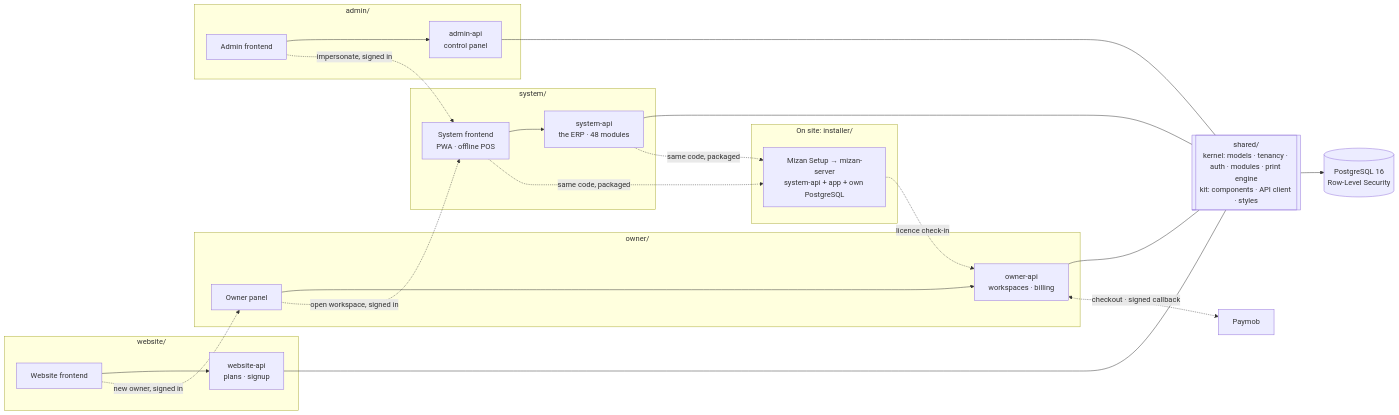
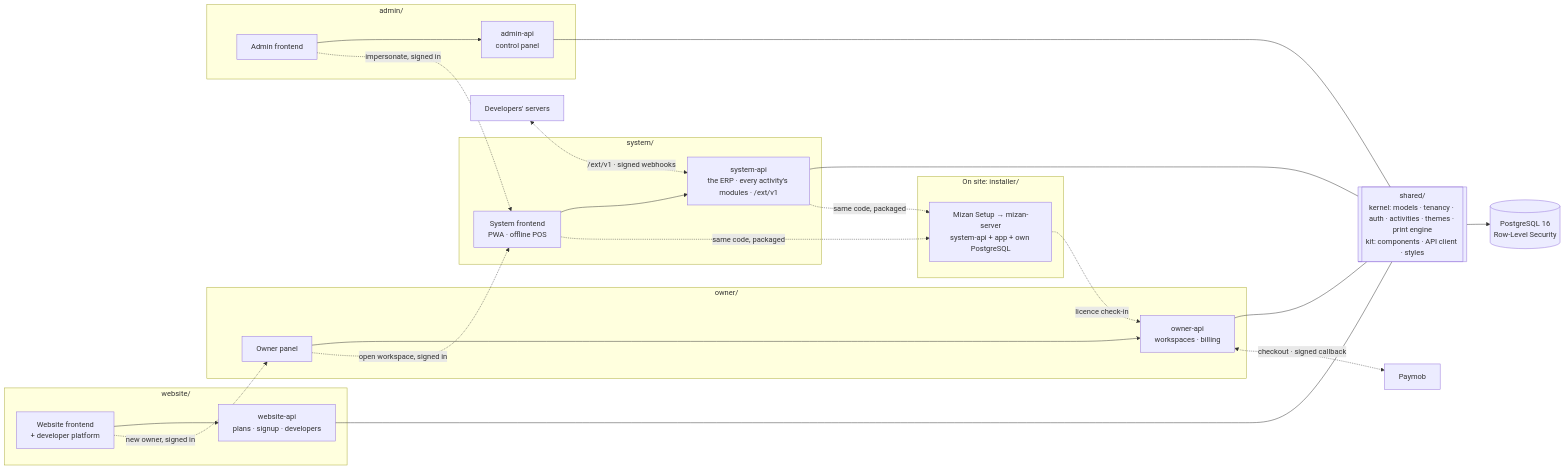
One commit to Mizan-corp/Mizan changed the diagram in README.md. Above: the diagram before and after it, drawn with Mermaid. The commit also changed other lines of this file and 51 other files, not shown here.

````diff
--- a/README.md
+++ b/README.md
@@ -123,27 +128,28 @@
 ```mermaid
 flowchart LR
     subgraph website["website/"]
-        WF[Website frontend] --> WA[website-api<br/>plans · signup]
+        WF[Website frontend<br/>+ developer platform] --> WA[website-api<br/>plans · signup · developers]
     end
     subgraph system["system/"]
-        SF[System frontend<br/>PWA · offline POS] --> SA[system-api<br/>the ERP · 48 modules]
+        SF[System frontend<br/>PWA · offline POS] --> SA[system-api<br/>the ERP · every activity's modules · /ext/v1]
     end
     subgraph owner["owner/"]
         OF[Owner panel] --> OA[owner-api<br/>workspaces · billing]
     end
     subgraph admin["admin/"]
         AF[Admin frontend] --> AA[admin-api<br/>control panel]
     end
-    K[["shared/<br/>kernel: models · tenancy · auth · modules · print engine<br/>kit: components · API client · styles"]]
+    K[["shared/<br/>kernel: models · tenancy · auth · activities · themes · print engine<br/>kit: components · API client · styles"]]
     WA & SA & OA & AA --- K
     K --> DB[(PostgreSQL 16<br/>Row-Level Security)]
     OA <-. "checkout · signed callback" .-> PM[Paymob]
     WF -. "new owner, signed in" .-> OF
     OF -. "open workspace, signed in" .-> SF
     AF -. "impersonate, signed in" .-> SF
     subgraph onsite["On site: installer/"]
         ON[Mizan Setup → mizan-server<br/>system-api + app + own PostgreSQL]
     end
     SA & SF -. "same code, packaged" .-> ON
     ON -. "licence check-in" .-> OA
+    DEV[Developers' servers] <-. "/ext/v1 · signed webhooks" .-> SA
 ```
````
